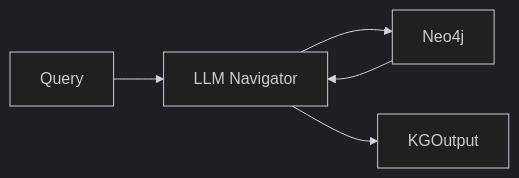
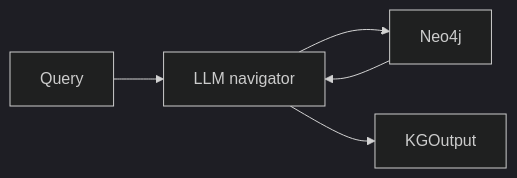
The second of 2 diagrams in docs/knowledge/search-backends.mdx (Leeroo-AI/kapso), drawn with Mermaid (dark theme) before and after one commit. The commit also changed other lines of this file and 3 other files, not shown here.

````diff
--- a/docs/knowledge/search-backends.mdx
+++ b/docs/knowledge/search-backends.mdx
@@ -90,7 +71,7 @@
 ```mermaid
 flowchart LR
-    Q[Query] --> L[LLM Navigator]
+    Q[Query] --> L[LLM navigator]
     L --> N[Neo4j]
     N --> L
     L --> O[KGOutput]
 ```
````
